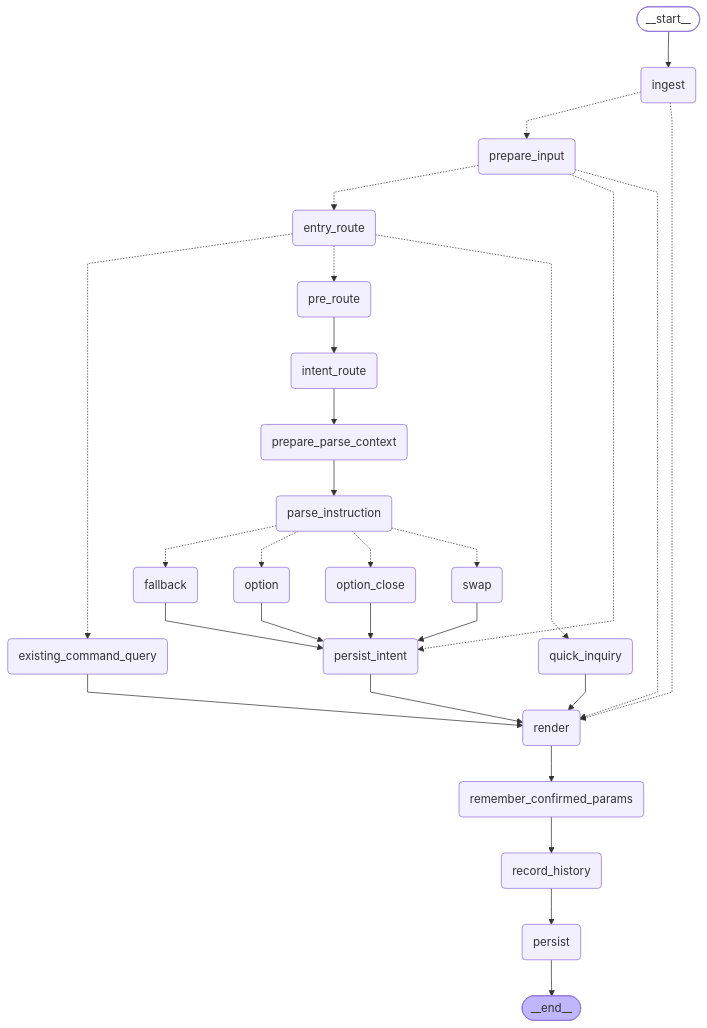
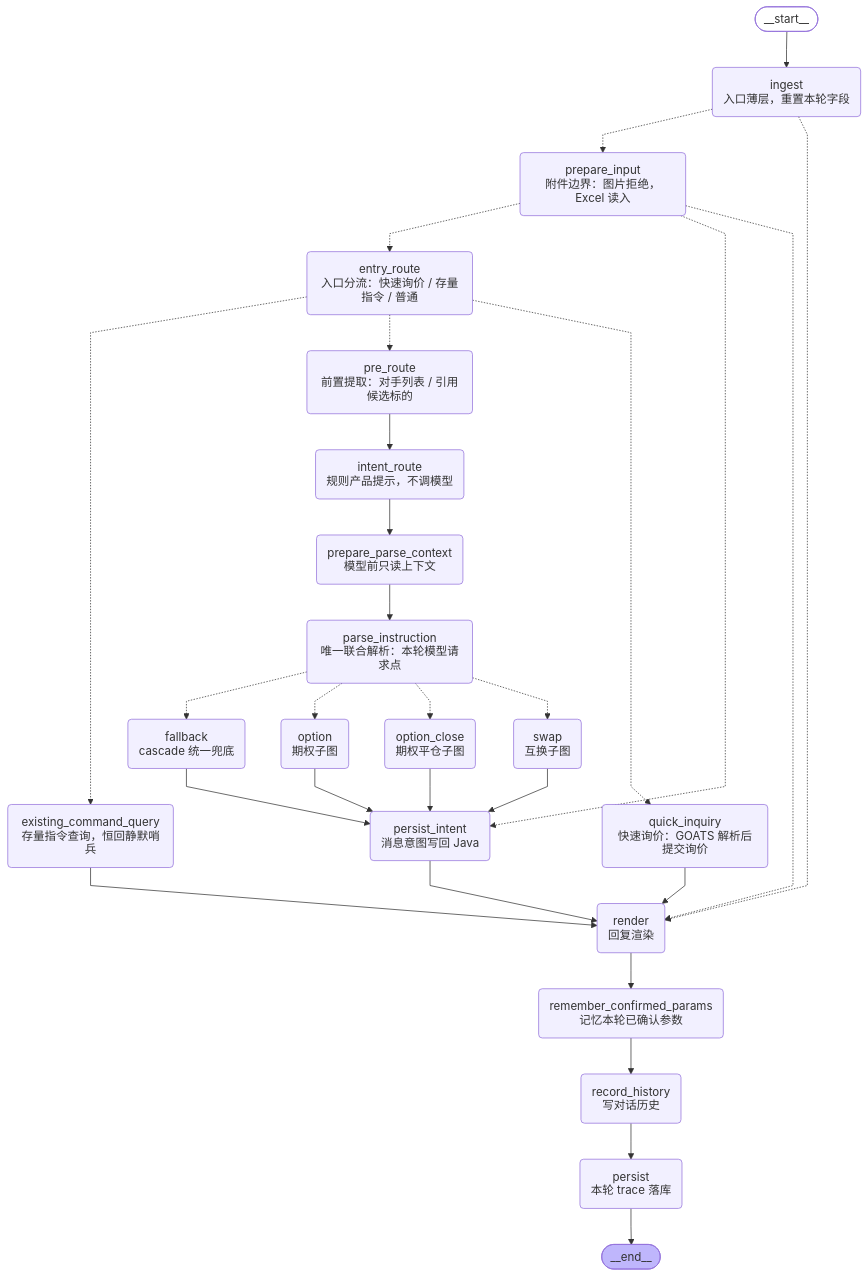
One commit to HXLoong/aigc-langgraph-main changed the diagram in docs/architecture/main-graph-flow.md. Above: the diagram before and after it, drawn with Mermaid. The commit also changed 17 other files, not shown here.

````diff
--- a/docs/architecture/main-graph-flow.md
+++ b/docs/architecture/main-graph-flow.md
@@ -7,58 +7,58 @@
 ```mermaid
 ---
 config:
   flowchart:
     curve: linear
 ---
 graph TD;
 	__start__([<p>__start__</p>]):::first
-	ingest(ingest)
-	prepare_input(prepare_input)
-	entry_route(entry_route)
-	quick_inquiry(quick_inquiry)
-	existing_command_query(existing_command_query)
-	pre_route(pre_route)
-	intent_route(intent_route)
-	parse_instruction(parse_instruction)
-	prepare_parse_context(prepare_parse_context)
-	swap(swap)
-	option(option)
-	option_close(option_close)
-	fallback(fallback)
-	render(render)
-	persist_intent(persist_intent)
-	persist(persist)
-	remember_confirmed_params(remember_confirmed_params)
-	record_history(record_history)
+	ingest(ingest<br/>入口薄层，重置本轮字段)
+	prepare_input(prepare_input<br/>附件边界：图片拒绝，Excel 读入)
+	entry_route(entry_route<br/>入口分流：快速询价 / 存量指令 / 普通)
+	quick_inquiry(quick_inquiry<br/>快速询价：GOATS 解析后提交询价)
+	existing_command_query(existing_command_query<br/>存量指令查询，恒回静默哨兵)
+	pre_route(pre_route<br/>前置提取：对手列表 / 引用候选标的)
+	intent_route(intent_route<br/>规则产品提示，不调模型)
+	parse_instruction(parse_instruction<br/>唯一联合解析：本轮模型请求点)
+	prepare_parse_context(prepare_parse_context<br/>模型前只读上下文)
+	swap(swap<br/>互换子图)
+	option(option<br/>期权子图)
+	option_close(option_close<br/>期权平仓子图)
+	fallback(fallback<br/>cascade 统一兜底)
+	render(render<br/>回复渲染)
+	persist_intent(persist_intent<br/>消息意图写回 Java)
+	persist(persist<br/>本轮 trace 落库)
+	remember_confirmed_params(remember_confirmed_params<br/>记忆本轮已确认参数)
+	record_history(record_history<br/>写对话历史)
 	__end__([<p>__end__</p>]):::last
 	__start__ --> ingest;
 	entry_route -.-> existing_command_query;
 	entry_route -.-> pre_route;
 	entry_route -.-> quick_inquiry;
 	existing_command_query --> render;
 	fallback --> persist_intent;
 	ingest -.-> prepare_input;
 	ingest -.-> render;
 	intent_route --> prepare_parse_context;
 	option --> persist_intent;
 	option_close --> persist_intent;
 	parse_instruction -.-> fallback;
 	parse_instruction -.-> option;
 	parse_instruction -.-> option_close;
 	parse_instruction -.-> swap;
 	persist_intent --> render;
 	pre_route --> intent_route;
 	prepare_input -.-> entry_route;
 	prepare_input -.-> persist_intent;
 	prepare_input -.-> render;
 	prepare_parse_context --> parse_instruction;
 	quick_inquiry --> render;
 	record_history --> persist;
 	remember_confirmed_params --> record_history;
 	render --> remember_confirmed_params;
 	swap --> persist_intent;
 	persist --> __end__;
 	classDef default fill:#f2f0ff,line-height:1.2
 	classDef first fill-opacity:0
 	classDef last fill:#bfb6fc
 ```
````
